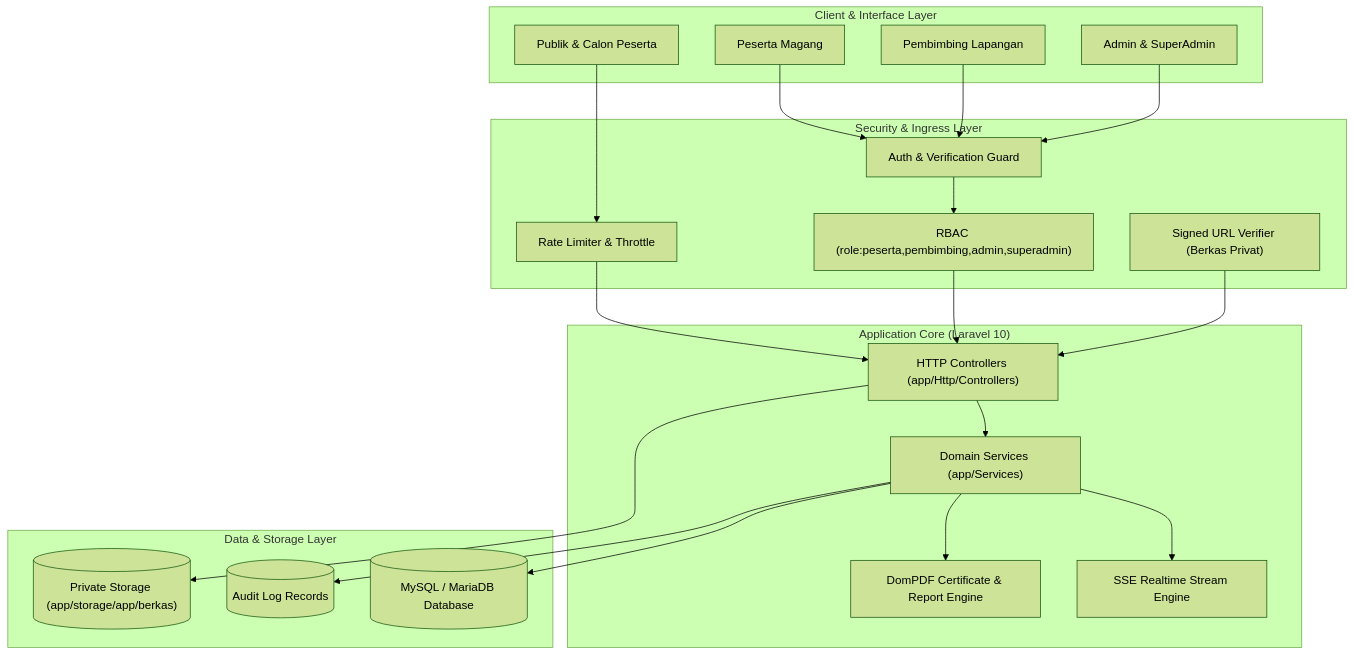
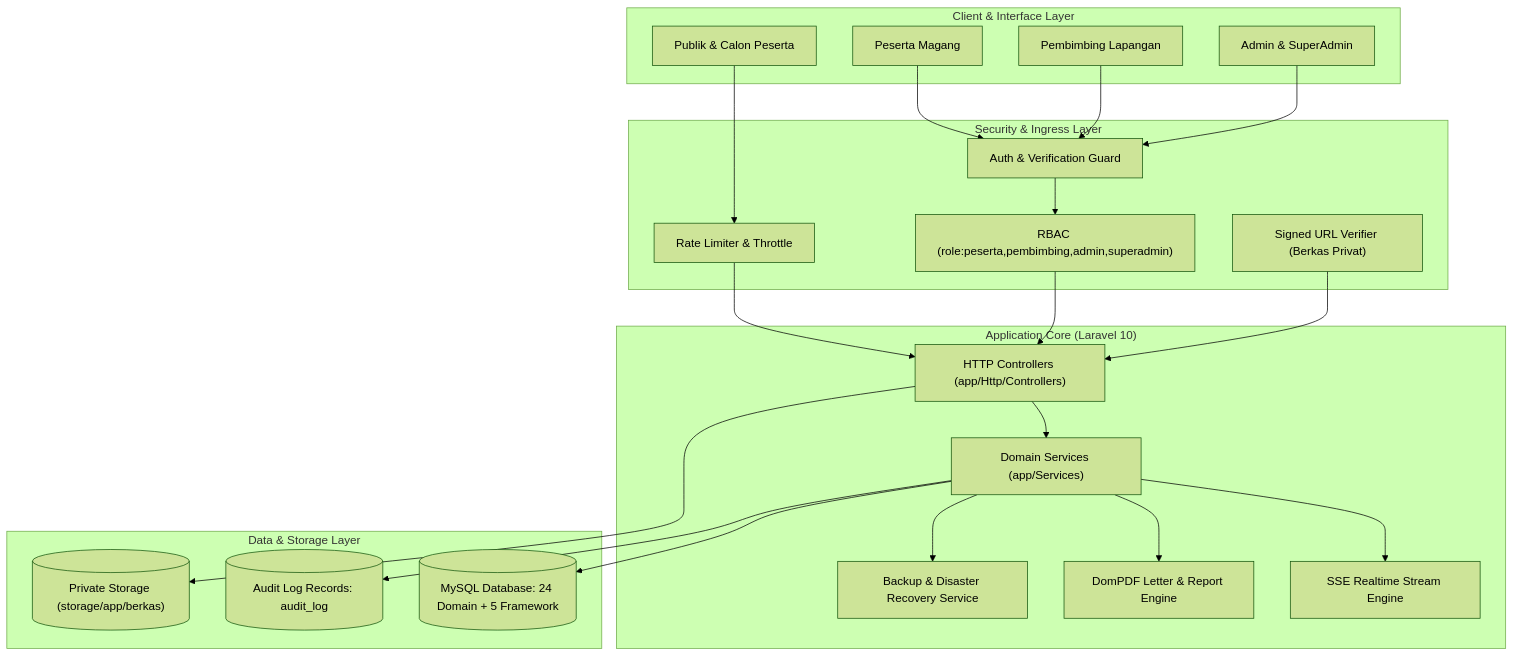
Before and after one commit to EvilAekt/MAGKOM: the diagram in docs/architecture/OVERVIEW.md, drawn with Mermaid (forest theme). The commit also changed other lines of this file and 21 other files, not shown here.

````diff
--- a/docs/architecture/OVERVIEW.md
+++ b/docs/architecture/OVERVIEW.md
@@ -27,46 +28,48 @@
 ```mermaid
 graph TB
     subgraph ClientLayer ["Client & Interface Layer"]
         PublicUser["Publik & Calon Peserta"]
         PesertaUser["Peserta Magang"]
         PembimbingUser["Pembimbing Lapangan"]
         AdminUser["Admin & SuperAdmin"]
     end
 
     subgraph SecurityLayer ["Security & Ingress Layer"]
         RateLimiter["Rate Limiter & Throttle"]
         AuthMiddleware["Auth & Verification Guard"]
         RbacMiddleware["RBAC (role:peserta,pembimbing,admin,superadmin)"]
         SignedUrlCheck["Signed URL Verifier (Berkas Privat)"]
     end
 
     subgraph AppLayer ["Application Core (Laravel 10)"]
         Controllers["HTTP Controllers (app/Http/Controllers)"]
         ServiceLayer["Domain Services (app/Services)"]
         SseEngine["SSE Realtime Stream Engine"]
-        PdfGenerator["DomPDF Certificate & Report Engine"]
+        PdfGenerator["DomPDF Letter & Report Engine"]
+        BackupEngine["Backup & Disaster Recovery Service"]
     end
 
     subgraph DataStorageLayer ["Data & Storage Layer"]
-        MysqlDB[(MySQL / MariaDB Database)]
-        PrivateStorage[("Private Storage (app/storage/app/berkas)")]
-        AuditTrail[(Audit Log Records)]
+        MysqlDB[(MySQL Database: 24 Domain + 5 Framework)]
+        PrivateStorage[("Private Storage (storage/app/berkas)")]
+        AuditTrail[(Audit Log Records: audit_log)]
     end
 
     PublicUser --> RateLimiter
     PesertaUser --> AuthMiddleware
     PembimbingUser --> AuthMiddleware
     AdminUser --> AuthMiddleware
 
     AuthMiddleware --> RbacMiddleware
     RateLimiter --> Controllers
     RbacMiddleware --> Controllers
     SignedUrlCheck --> Controllers
 
     Controllers --> ServiceLayer
     ServiceLayer --> SseEngine
     ServiceLayer --> PdfGenerator
+    ServiceLayer --> BackupEngine
     ServiceLayer --> MysqlDB
     ServiceLayer --> AuditTrail
     Controllers --> PrivateStorage
 ```
````
